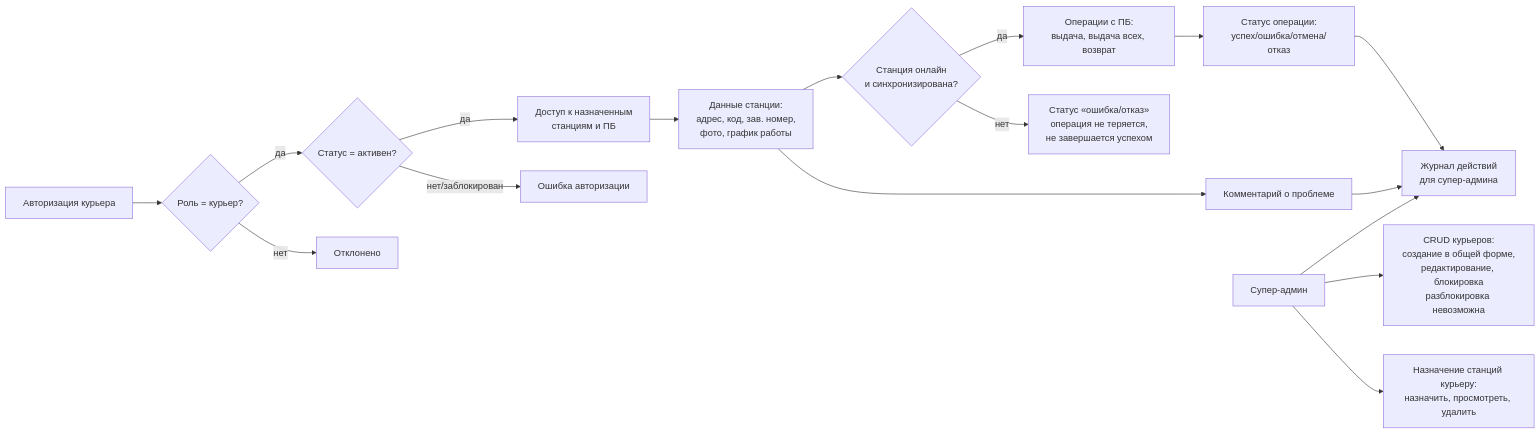
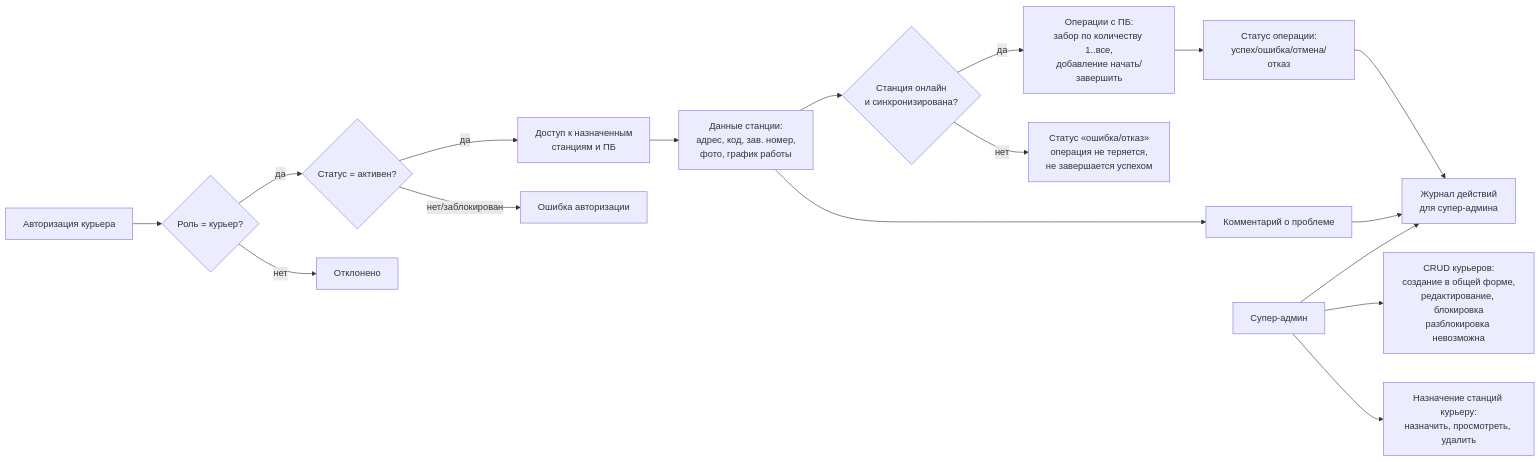
Before and after one commit to yatsin11-gif/gz-documentation: the second of 2 diagrams in sa/docs/admin/courier-management/diagrams/overview.md, drawn with Mermaid. The commit also changed other lines of this file and 7 other files, not shown here.

First line of the commit message:
courier-management: POST MVP — take PB by quantity, add PB start/finish flow, refined journal fields

````diff
--- a/sa/docs/admin/courier-management/diagrams/overview.md
+++ b/sa/docs/admin/courier-management/diagrams/overview.md
@@ -32,19 +33,19 @@
 ```mermaid
 flowchart LR
     AUTH[Авторизация курьера] --> ROLE{Роль = курьер?}
     ROLE -->|да| ACTIVE{Статус = активен?}
     ROLE -->|нет| DENY1[Отклонено]
     ACTIVE -->|да| ACCESS[Доступ к назначенным<br/>станциям и ПБ]
     ACTIVE -->|нет/заблокирован| DENY2[Ошибка авторизации]
     ACCESS --> STDATA[Данные станции:<br/>адрес, код, зав. номер,<br/>фото, график работы]
     STDATA --> STATION{Станция онлайн<br/>и синхронизирована?}
-    STATION -->|да| PBOPS[Операции с ПБ:<br/>выдача, выдача всех, возврат]
+    STATION -->|да| PBOPS[Операции с ПБ:<br/>забор по количеству 1..все,<br/>добавление начать/завершить]
     STATION -->|нет| REJECT[Статус «ошибка/отказ»<br/>операция не теряется,<br/>не завершается успехом]
     PBOPS --> STATUS[Статус операции:<br/>успех/ошибка/отмена/отказ]
     STDATA --> CMT[Комментарий о проблеме]
     STATUS --> JOURNAL[Журнал действий<br/>для супер-админа]
     CMT --> JOURNAL
     SADMIN[Супер-админ] --> MANAGE[CRUD курьеров:<br/>создание в общей форме,<br/>редактирование, блокировка<br/>разблокировка невозможна]
     SADMIN --> ASSIGN[Назначение станций курьеру:<br/>назначить, просмотреть, удалить]
     SADMIN --> JOURNAL
 ```
````
